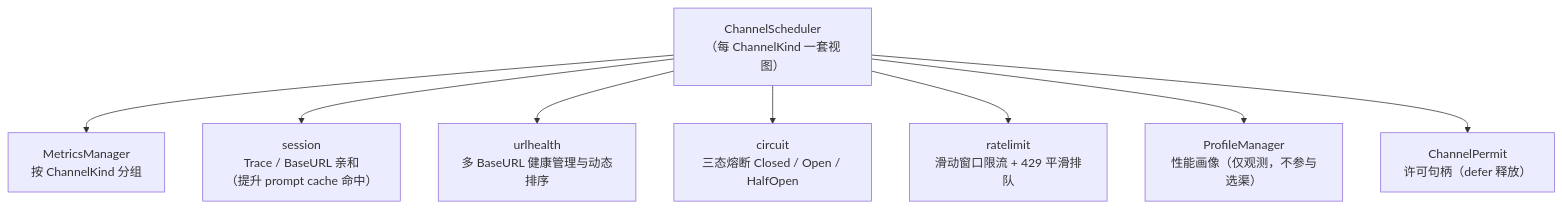
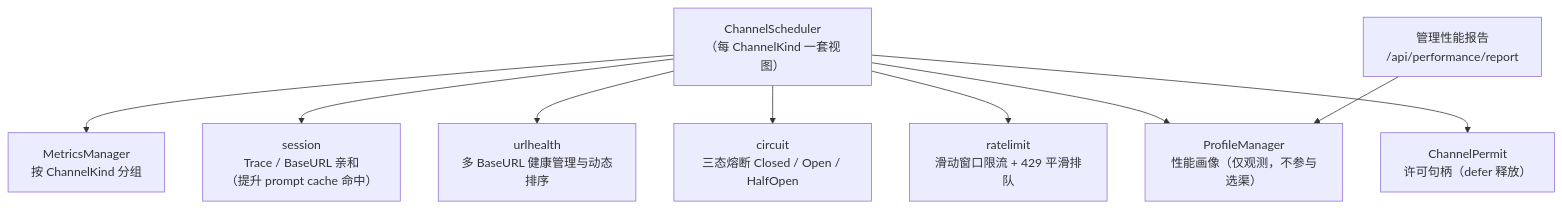
One commit to insistanan/api-proxy changed the third of 5 diagrams in docs/架构说明.md. Above: the diagram before and after it, drawn with Mermaid. The commit also changed other lines of this file and 127 other files, not shown here.

````diff
--- a/docs/架构说明.md
+++ b/docs/架构说明.md
@@ -85,10 +85,11 @@
 ```mermaid
 flowchart TD
     SCHED["ChannelScheduler<br/>（每 ChannelKind 一套视图）"] --> METRICS["MetricsManager<br/>按 ChannelKind 分组"]
     SCHED --> SESSION["session<br/>Trace / BaseURL 亲和<br/>（提升 prompt cache 命中）"]
     SCHED --> URLH["urlhealth<br/>多 BaseURL 健康管理与动态排序"]
     SCHED --> CIRCUIT["circuit<br/>三态熔断 Closed / Open / HalfOpen"]
     SCHED --> RATE["ratelimit<br/>滑动窗口限流 + 429 平滑排队"]
     SCHED --> PROFILE["ProfileManager<br/>性能画像（仅观测，不参与选渠）"]
+    REPORT["管理性能报告<br/>/api/performance/report"] --> PROFILE
     SCHED --> PERMIT["ChannelPermit<br/>许可句柄（defer 释放）"]
 ```
````
